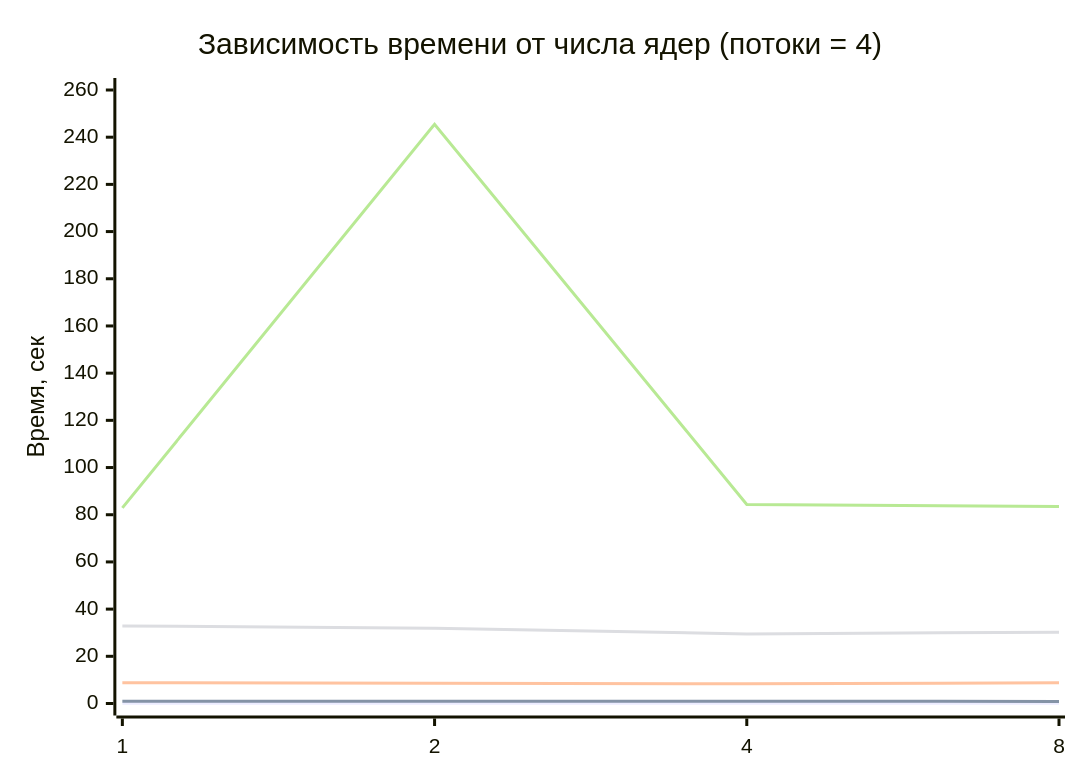
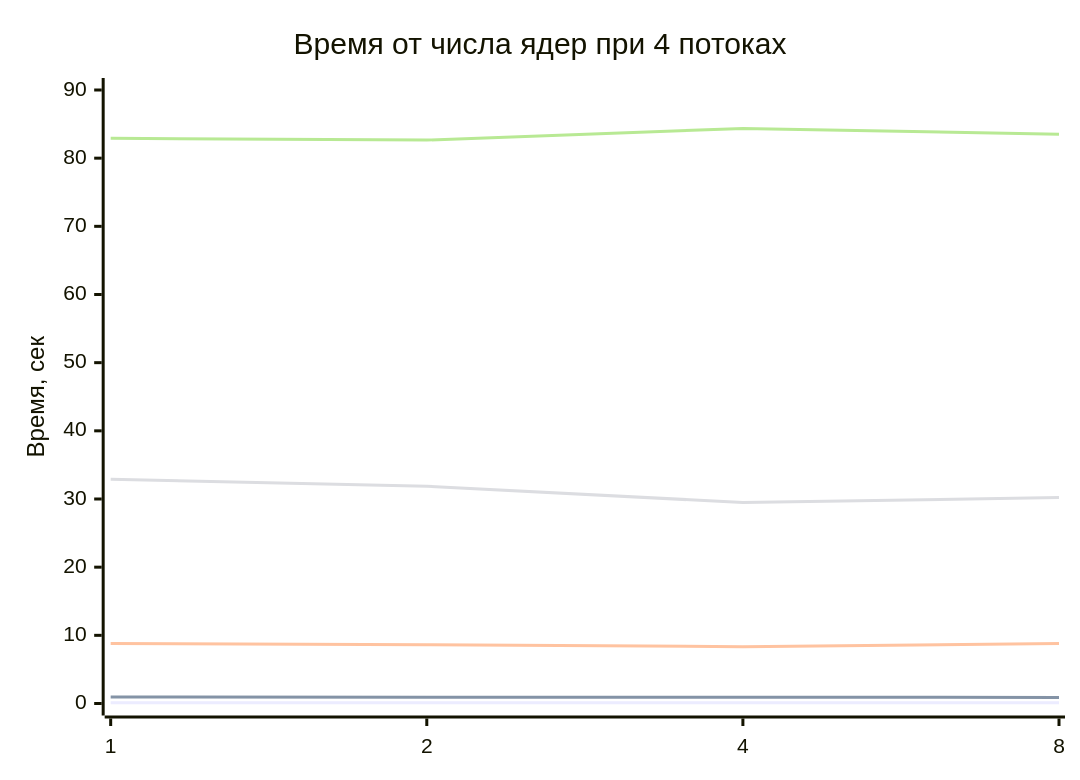
One commit to sanek4338/Parallelnoe_Programming changed the second of 3 diagrams in README.md. Above: the diagram before and after it, drawn with Mermaid. The commit also changed other lines of this file, not shown here.

````diff
--- a/README.md
+++ b/README.md
@@ -133,11 +130,11 @@
 ```mermaid
 xychart-beta
-    title "Зависимость времени от числа ядер (потоки = 4)"
+    title "Время от числа ядер при 4 потоках"
     x-axis [1, 2, 4, 8]
-    y-axis "Время, сек" 0 --> 260
+    y-axis "Время, сек" 0 --> 90
     line "N=200" [0.111392, 0.096598, 0.094870, 0.094913]
     line "N=400" [0.960615, 0.910290, 0.917968, 0.894495]
     line "N=800" [8.800895, 8.608311, 8.333178, 8.785929]
     line "N=1200" [32.891140, 31.880586, 29.484893, 30.217337]
-    line "N=1600" [82.910802, 245.469166, 84.365628, 83.517251]
+    line "N=1600" [82.910802, 82.649957, 84.365628, 83.517251]
 ```
````
